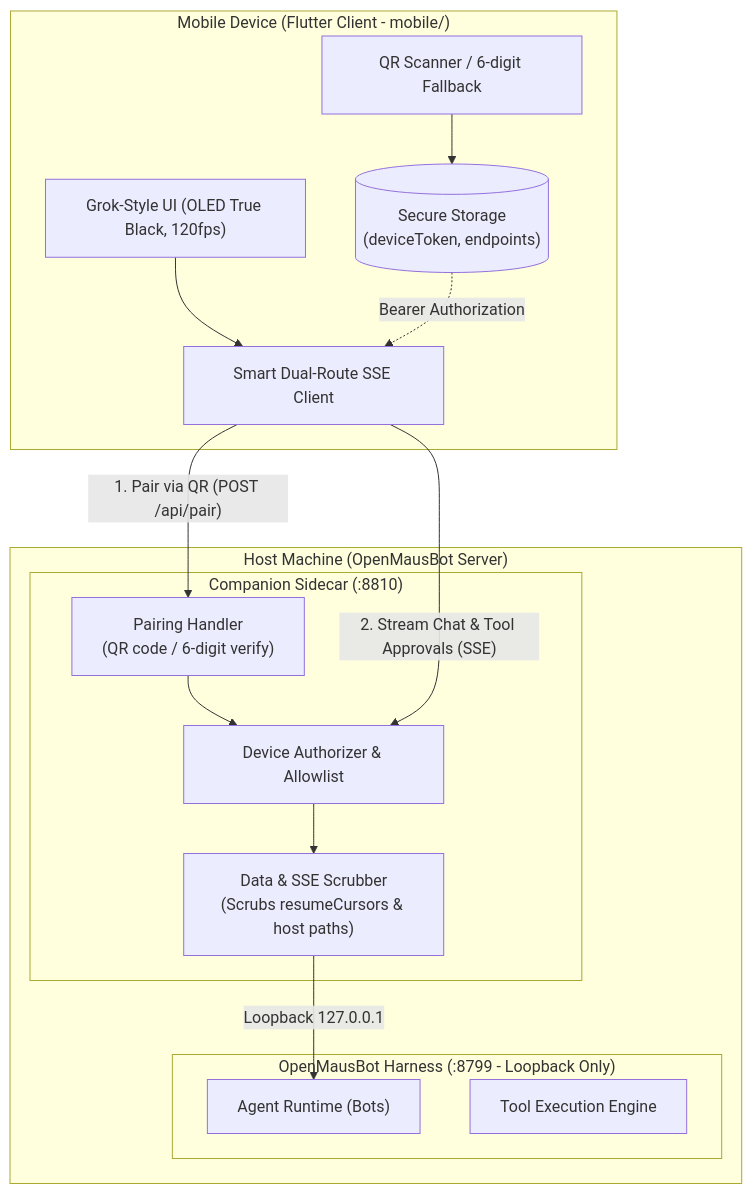
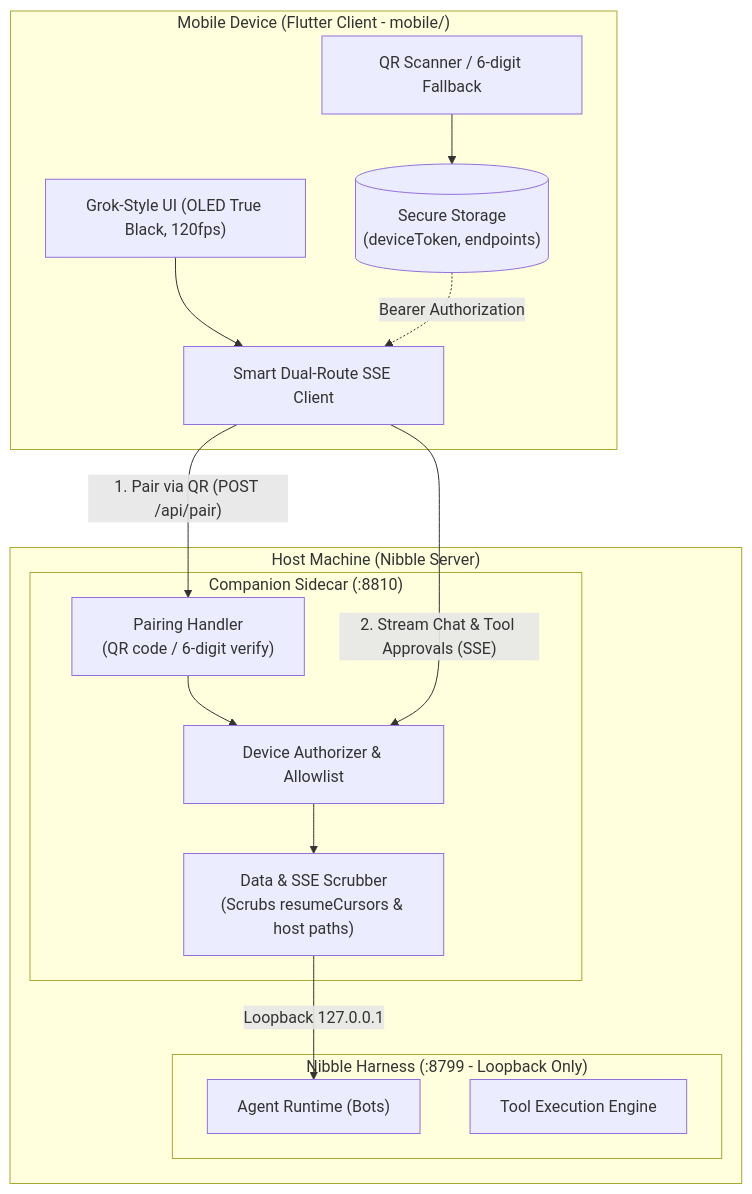
Before and after one commit to musicsms/OpenMausBot: the diagram in docs/superpowers/specs/2026-11-16-grok-style-mobile-companion-design.md, drawn with Mermaid. The commit also changed other lines of this file and 1868 other files, not shown here.

````diff
--- a/docs/superpowers/specs/2026-11-16-grok-style-mobile-companion-design.md
+++ b/docs/superpowers/specs/2026-11-16-grok-style-mobile-companion-design.md
@@ -20,34 +20,34 @@
 ```mermaid
 flowchart TD
     subgraph Mobile["Mobile Device (Flutter Client - mobile/)"]
         UI["Grok-Style UI (OLED True Black, 120fps)"]
         SecureStore[("Secure Storage<br/>(deviceToken, endpoints)")]
         NetClient["Smart Dual-Route SSE Client"]
         QRScanner["QR Scanner / 6-digit Fallback"]
 
         QRScanner --> SecureStore
         UI --> NetClient
         SecureStore -.->|"Bearer Authorization"| NetClient
     end
 
-    subgraph Host["Host Machine (OpenMausBot Server)"]
+    subgraph Host["Host Machine (Nibble Server)"]
         subgraph Companion["Companion Sidecar (:8810)"]
             PairingHandler["Pairing Handler<br/>(QR code / 6-digit verify)"]
             DeviceAuth["Device Authorizer & Allowlist"]
             WireScrubber["Data & SSE Scrubber<br/>(Scrubs resumeCursors & host paths)"]
             
             PairingHandler --> DeviceAuth
             DeviceAuth --> WireScrubber
         end
 
-        subgraph CoreHarness["OpenMausBot Harness (:8799 - Loopback Only)"]
+        subgraph CoreHarness["Nibble Harness (:8799 - Loopback Only)"]
             AgentRuntime["Agent Runtime (Bots)"]
             ToolEngine["Tool Execution Engine"]
         end
 
         WireScrubber -->|"Loopback 127.0.0.1"| AgentRuntime
     end
 
     NetClient -->|"1. Pair via QR (POST /api/pair)"| PairingHandler
     NetClient -->|"2. Stream Chat & Tool Approvals (SSE)"| DeviceAuth
 ```
````
